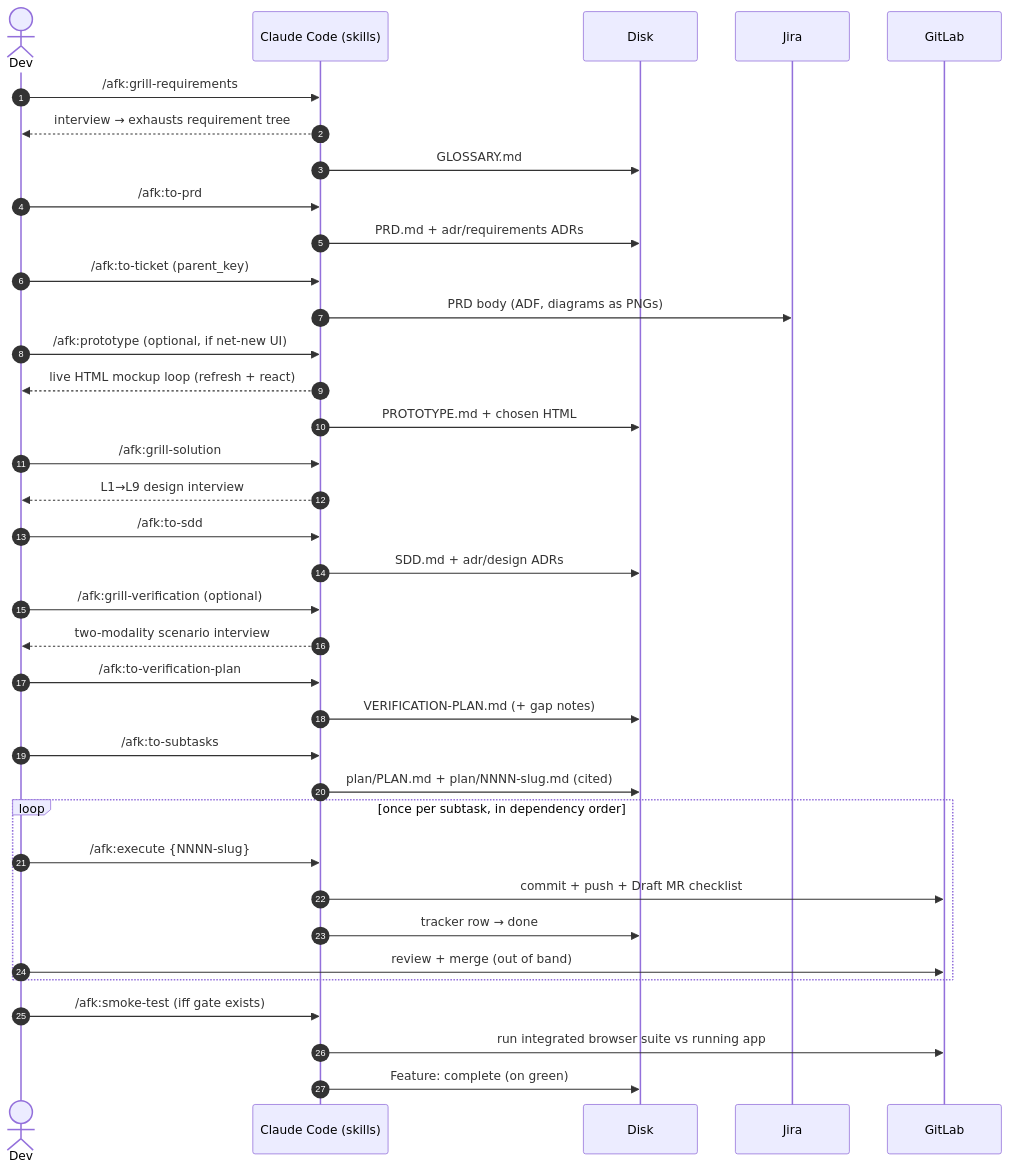
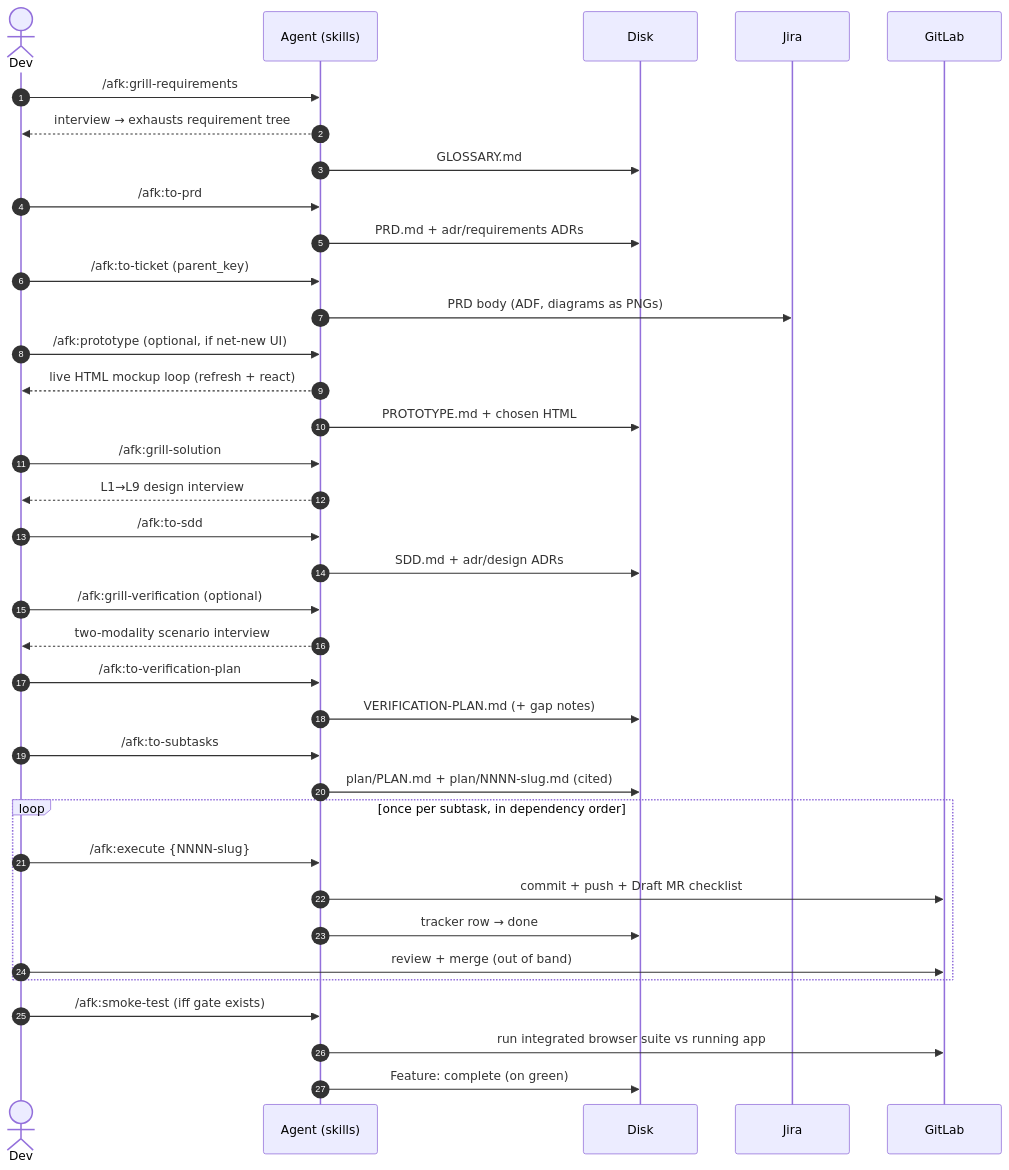
The third of 6 diagrams in README.md (midnightblur/afk-driver), drawn with Mermaid before and after one commit. The commit also changed other lines of this file and 18 other files, not shown here.

````diff
--- a/README.md
+++ b/README.md
@@ -281,39 +264,39 @@
 ```mermaid
 sequenceDiagram
     autonumber
     actor Dev
-    participant CC as Claude Code (skills)
+    participant CC as Agent (skills)
     participant Disk as Disk
     participant Jira as Jira
     participant GL as GitLab
 
     Dev->>CC: /afk:grill-requirements
     CC-->>Dev: interview → exhausts requirement tree
     CC->>Disk: GLOSSARY.md
     Dev->>CC: /afk:to-prd
     CC->>Disk: PRD.md + adr/requirements ADRs
     Dev->>CC: /afk:to-ticket (parent_key)
     CC->>Jira: PRD body (ADF, diagrams as PNGs)
     Dev->>CC: /afk:prototype (optional, if net-new UI)
     CC-->>Dev: live HTML mockup loop (refresh + react)
     CC->>Disk: PROTOTYPE.md + chosen HTML
     Dev->>CC: /afk:grill-solution
     CC-->>Dev: L1→L9 design interview
     Dev->>CC: /afk:to-sdd
     CC->>Disk: SDD.md + adr/design ADRs
     Dev->>CC: /afk:grill-verification (optional)
     CC-->>Dev: two-modality scenario interview
     Dev->>CC: /afk:to-verification-plan
     CC->>Disk: VERIFICATION-PLAN.md (+ gap notes)
     Dev->>CC: /afk:to-subtasks
     CC->>Disk: plan/PLAN.md + plan/NNNN-slug.md (cited)
     loop once per subtask, in dependency order
         Dev->>CC: /afk:execute {NNNN-slug}
         CC->>GL: commit + push + Draft MR checklist
         CC->>Disk: tracker row → done
         Dev->>GL: review + merge (out of band)
     end
     Dev->>CC: /afk:smoke-test (iff gate exists)
     CC->>GL: run integrated browser suite vs running app
     CC->>Disk: Feature: complete (on green)
 ```
````
